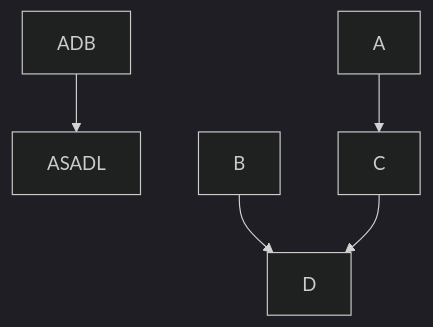
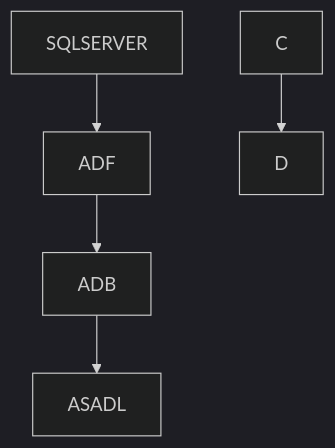
Before and after one commit to vijganji99/strada-DE-Infra: the diagram in README.md, drawn with Mermaid (dark theme).

````diff
--- a/README.md
+++ b/README.md
@@ -3,7 +3,8 @@
 ```mermaid
 graph TD;
+    SQLSERVER-->ADF;
+ADF-->ADB;
     ADB-->ASADL;
-    A-->C;
-    B-->D;
+    
     C-->D;
 ```
````
